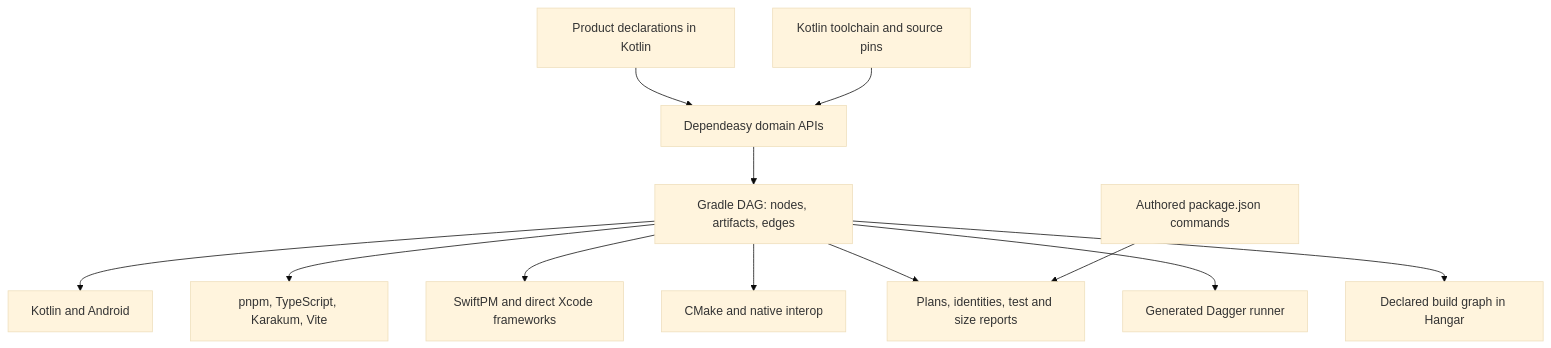
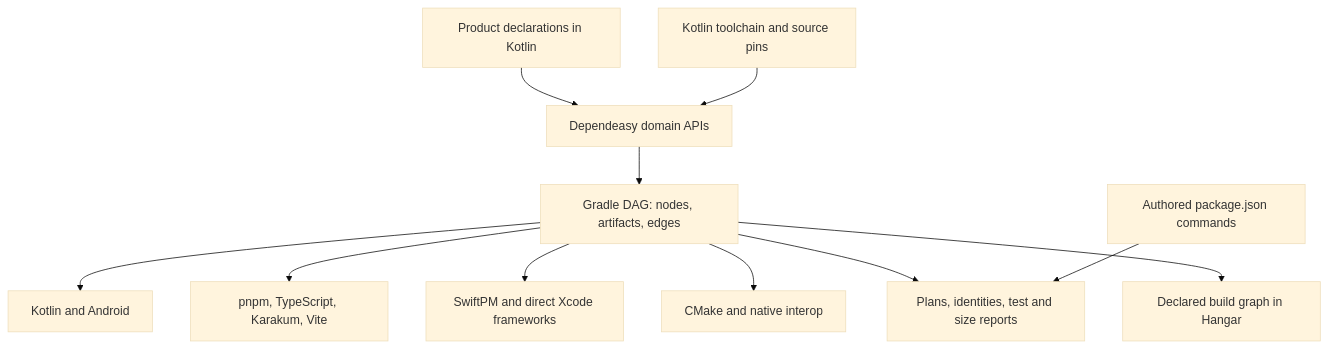
Before and after one commit to shibasis0801/reaktor: the diagram in dependeasy/DESIGN.md, drawn with Mermaid (base theme). The commit also changed other lines of this file and 455 other files, not shown here.

````diff
--- a/dependeasy/DESIGN.md
+++ b/dependeasy/DESIGN.md
@@ -9,14 +9,13 @@
 ```mermaid
 flowchart TD
     Product[Product declarations in Kotlin] --> API[Dependeasy domain APIs]
     API --> Graph[Gradle DAG: nodes, artifacts, edges]
     Graph --> Kotlin[Kotlin and Android]
     Graph --> Web[pnpm, TypeScript, Karakum, Vite]
     Graph --> Apple[SwiftPM and direct Xcode frameworks]
     Graph --> Native[CMake and native interop]
     Tools[Kotlin toolchain and source pins] --> API
     Graph --> Reports[Plans, identities, test and size reports]
-    Graph --> Dagger[Generated Dagger runner]
     Graph --> Hangar[Declared build graph in Hangar]
     Packages[Authored package.json commands] --> Reports
 ```
````
